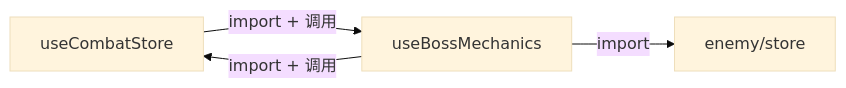
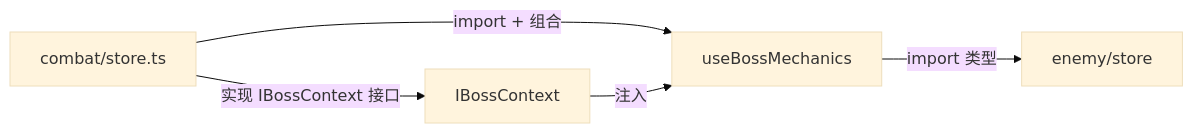
One commit to SonDemigods/wow_dnd changed the eighth of 10 diagrams in doc/project/DEPENDENCY_GRAPH.md. Above: the diagram before and after it, drawn with Mermaid (base theme). The commit also changed other lines of this file and 4 other files, not shown here.

````diff
--- a/doc/project/DEPENDENCY_GRAPH.md
+++ b/doc/project/DEPENDENCY_GRAPH.md
@@ -432,6 +525,7 @@
 ```mermaid
 graph LR
-    combat[combat/store.ts] -->|import + 调用| boss[useBossMechanics]
-    boss -->|import + 调用| combat[useCombatStore]
-    boss -->|import| enemy[enemy/store]
+    combat[combat/store.ts] -->|import + 组合| bossMech[useBossMechanics]
+    combat -->|实现 IBossContext 接口| bossCtx[IBossContext]
+    bossCtx -->|注入| bossMech
+    bossMech -->|import 类型| enemy[enemy/store]
 ```
````
